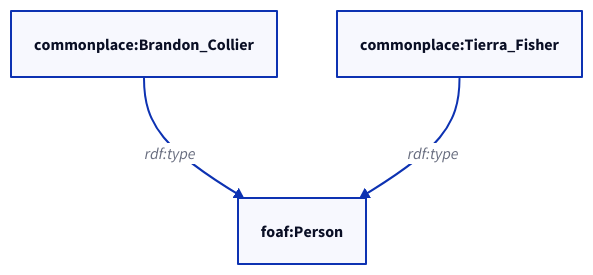
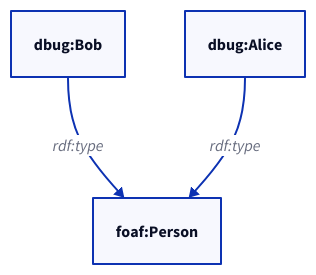
One commit to eristocrates/ipa changed the diagram in Source-code/Host-environment/Common-Language-Runtime/FSharp/Project/MyProvider/test_graph.d2. Above: the diagram before and after it, drawn with D2. The commit also changed 246 other files, not shown here.

```diff
--- a/Source-code/Host-environment/Common-Language-Runtime/FSharp/Project/MyProvider/test_graph.d2
+++ b/Source-code/Host-environment/Common-Language-Runtime/FSharp/Project/MyProvider/test_graph.d2
@@ -1,2 +1,2 @@
-commonplace\:Brandon_Collier -> foaf\:Person : rdf\:type
-commonplace\:Tierra_Fisher -> foaf\:Person : rdf\:type
+dbug\:Bob -> foaf\:Person : rdf\:type
+dbug\:Alice -> foaf\:Person : rdf\:type
```
